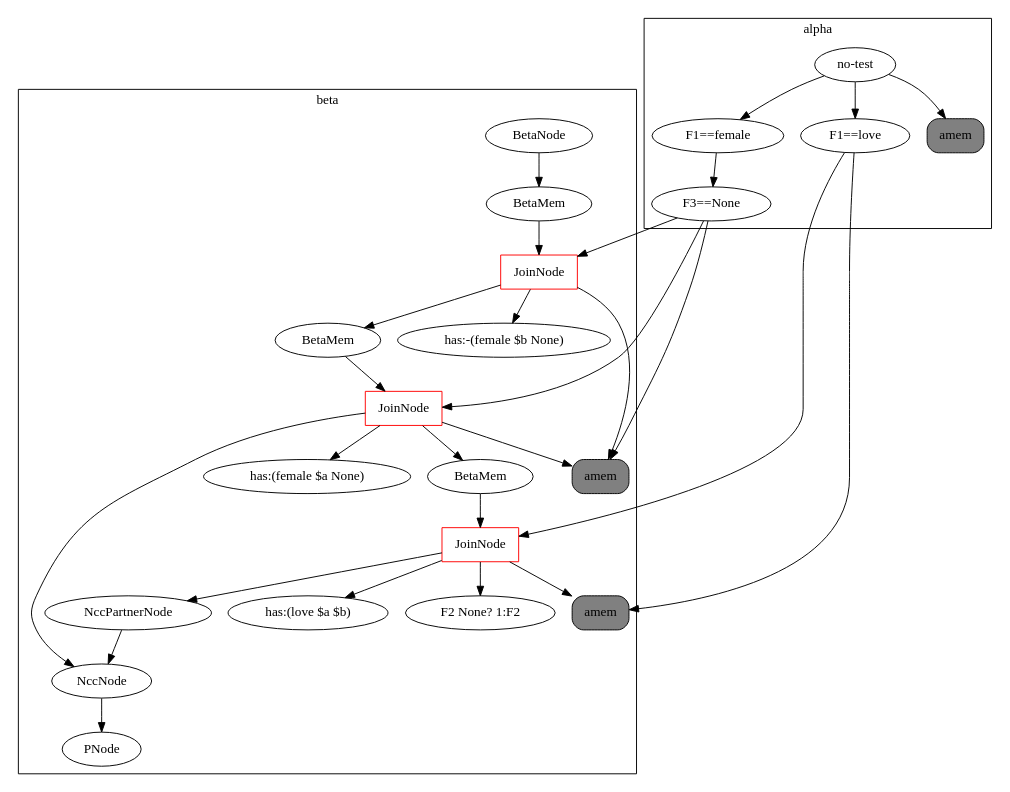
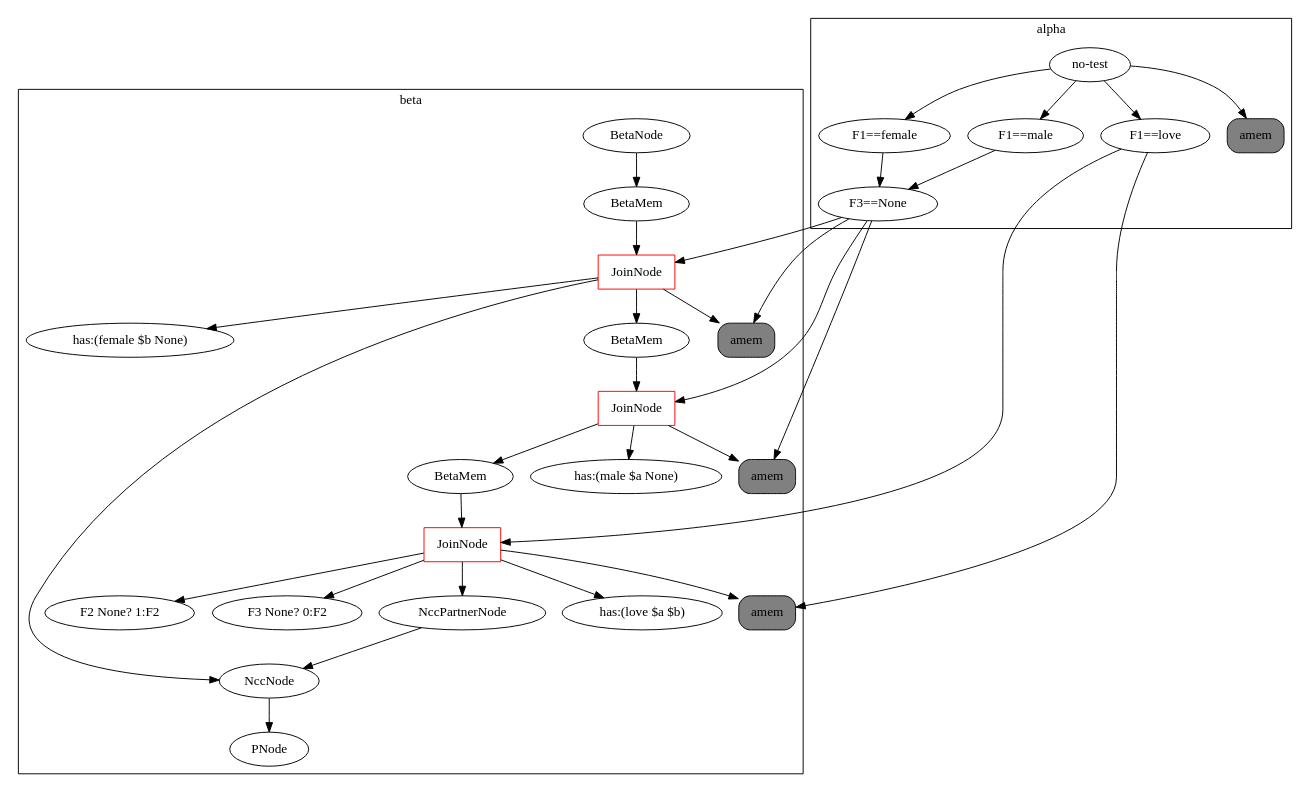
Before and after one commit to Cybernetic1/GIRL: the diagram in rete.dot, drawn with Graphviz. The commit also changed 2 other files, not shown here.

```diff
--- a/rete.dot
+++ b/rete.dot
@@ -1,47 +1,52 @@
 digraph {
 	subgraph cluster_1 {
 	label = beta
-	"BetaNode 140634636308040" [label="BetaNode"];
-	"BetaNode 140634636308040" -> "BetaMemory 140634636422840";
-	"BetaMemory 140634636422840" [label="BetaMem"];
-	"BetaMemory 140634636422840" -> "JoinNode 140634636423120";
-	"JoinNode 140634636423120" [shape=box, color=red, label="JoinNode"];
-	"JoinNode 140634636423120" -> "amem:<rete.alpha.AlphaMemory object at 0x7fe80d8c0f98>"
-	"JoinNode 140634636423120" -> "has:-(female $b None)"
-	"JoinNode 140634636423120" -> "BetaMemory 140634636464200";
-	"BetaMemory 140634636464200" [label="BetaMem"];
-	"BetaMemory 140634636464200" -> "JoinNode 140634636464256";
-	"JoinNode 140634636464256" [shape=box, color=red, label="JoinNode"];
-	"JoinNode 140634636464256" -> "amem:<rete.alpha.AlphaMemory object at 0x7fe80d8c0f98>"
-	"JoinNode 140634636464256" -> "has:(female $a None)"
-	"JoinNode 140634636464256" -> "BetaMemory 140634636464368";
-	"BetaMemory 140634636464368" [label="BetaMem"];
-	"BetaMemory 140634636464368" -> "JoinNode 140634636464592";
-	"JoinNode 140634636464592" [shape=box, color=red, label="JoinNode"];
-	"JoinNode 140634636464592" -> "amem:<rete.alpha.AlphaMemory object at 0x7fe80d8cb160>"
-	"JoinNode 140634636464592" -> "has:(love $a $b)"
-	"JoinNode 140634636464592" -> "F2 None? 1:F2"
-	"JoinNode 140634636464592" -> "<rete.ncc_node.NccPartnerNode object at 0x7fe80d8cb208>";
-	"<rete.ncc_node.NccPartnerNode object at 0x7fe80d8cb208>" [label="NccPartnerNode"];
-	"<rete.ncc_node.NccPartnerNode object at 0x7fe80d8cb208>" -> "<rete.ncc_node.NccNode object at 0x7fe80d8cb0b8>";
-	"JoinNode 140634636464256" -> "<rete.ncc_node.NccNode object at 0x7fe80d8cb0b8>";
-	"<rete.ncc_node.NccNode object at 0x7fe80d8cb0b8>" [label="NccNode"];
-	"<rete.ncc_node.NccNode object at 0x7fe80d8cb0b8>" -> "PNode 140634636422784";
-	"PNode 140634636422784" [label="PNode"];
+	"BetaNode 139689726815816" [label="BetaNode"];
+	"BetaNode 139689726815816" -> "BetaMemory 139689726934320";
+	"BetaMemory 139689726934320" [label="BetaMem"];
+	"BetaMemory 139689726934320" -> "JoinNode 139689726934600";
+	"JoinNode 139689726934600" [shape=box, color=red, label="JoinNode"];
+	"JoinNode 139689726934600" -> "amem:<rete.alpha.AlphaMemory object at 0x7f0c0c8d7e10>"
+	"JoinNode 139689726934600" -> "has:(female $b None)"
+	"JoinNode 139689726934600" -> "BetaMemory 139689726934712";
+	"BetaMemory 139689726934712" [label="BetaMem"];
+	"BetaMemory 139689726934712" -> "JoinNode 139689726934936";
+	"JoinNode 139689726934936" [shape=box, color=red, label="JoinNode"];
+	"JoinNode 139689726934936" -> "amem:<rete.alpha.AlphaMemory object at 0x7f0c0c8d7f60>"
+	"JoinNode 139689726934936" -> "has:(male $a None)"
+	"JoinNode 139689726934936" -> "BetaMemory 139689726934992";
+	"BetaMemory 139689726934992" [label="BetaMem"];
+	"BetaMemory 139689726934992" -> "JoinNode 139689726980392";
+	"JoinNode 139689726980392" [shape=box, color=red, label="JoinNode"];
+	"JoinNode 139689726980392" -> "amem:<rete.alpha.AlphaMemory object at 0x7f0c0c8e3080>"
+	"JoinNode 139689726980392" -> "has:(love $a $b)"
+	"JoinNode 139689726980392" -> "F2 None? 1:F2"
+	"JoinNode 139689726980392" -> "F3 None? 0:F2"
+	"JoinNode 139689726980392" -> "<rete.ncc_node.NccPartnerNode object at 0x7f0c0c8e3160>";
+	"<rete.ncc_node.NccPartnerNode object at 0x7f0c0c8e3160>" [label="NccPartnerNode"];
+	"<rete.ncc_node.NccPartnerNode object at 0x7f0c0c8e3160>" -> "<rete.ncc_node.NccNode object at 0x7f0c0c8d7e80>";
+	"JoinNode 139689726934600" -> "<rete.ncc_node.NccNode object at 0x7f0c0c8d7e80>";
+	"<rete.ncc_node.NccNode object at 0x7f0c0c8d7e80>" [label="NccNode"];
+	"<rete.ncc_node.NccNode object at 0x7f0c0c8d7e80>" -> "PNode 139689726934264";
+	"PNode 139689726934264" [label="PNode"];
 	}
 	subgraph cluster_0 {
 	label = alpha
 	"no-test" -> "F1==female";
 	"F1==female" -> "F3==None";
-	"F3==None" -> "amem:<rete.alpha.AlphaMemory object at 0x7fe80d8c0f98>";
-	"amem:<rete.alpha.AlphaMemory object at 0x7fe80d8c0f98>" [shape=box, style="rounded,filled", label="amem", fillcolor=gray];
+	"F3==None" -> "amem:<rete.alpha.AlphaMemory object at 0x7f0c0c8d7e10>";
+	"amem:<rete.alpha.AlphaMemory object at 0x7f0c0c8d7e10>" [shape=box, style="rounded,filled", label="amem", fillcolor=gray];
+	"no-test" -> "F1==male";
+	"F1==male" -> "F3==None";
+	"F3==None" -> "amem:<rete.alpha.AlphaMemory object at 0x7f0c0c8d7f60>";
+	"amem:<rete.alpha.AlphaMemory object at 0x7f0c0c8d7f60>" [shape=box, style="rounded,filled", label="amem", fillcolor=gray];
 	"no-test" -> "F1==love";
-	"F1==love" -> "amem:<rete.alpha.AlphaMemory object at 0x7fe80d8cb160>";
-	"amem:<rete.alpha.AlphaMemory object at 0x7fe80d8cb160>" [shape=box, style="rounded,filled", label="amem", fillcolor=gray];
-	"no-test" -> "amem:<rete.alpha.AlphaMemory object at 0x7fe80d8a4d68>";
-	"amem:<rete.alpha.AlphaMemory object at 0x7fe80d8a4d68>" [shape=box, style="rounded,filled", label="amem", fillcolor=gray];
+	"F1==love" -> "amem:<rete.alpha.AlphaMemory object at 0x7f0c0c8e3080>";
+	"amem:<rete.alpha.AlphaMemory object at 0x7f0c0c8e3080>" [shape=box, style="rounded,filled", label="amem", fillcolor=gray];
+	"no-test" -> "amem:<rete.alpha.AlphaMemory object at 0x7f0c0c8bacc0>";
+	"amem:<rete.alpha.AlphaMemory object at 0x7f0c0c8bacc0>" [shape=box, style="rounded,filled", label="amem", fillcolor=gray];
 	}
-	"F3==None" -> "JoinNode 140634636423120";
-	"F3==None" -> "JoinNode 140634636464256";
-	"F1==love" -> "JoinNode 140634636464592";
+	"F3==None" -> "JoinNode 139689726934600";
+	"F3==None" -> "JoinNode 139689726934936";
+	"F1==love" -> "JoinNode 139689726980392";
 }
```
